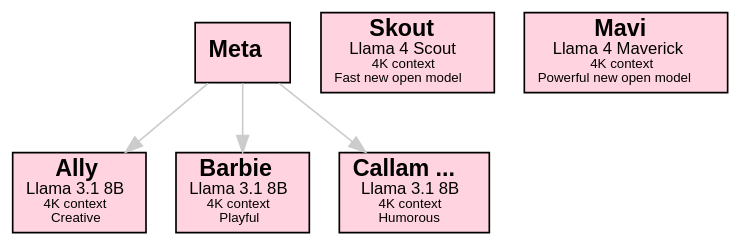
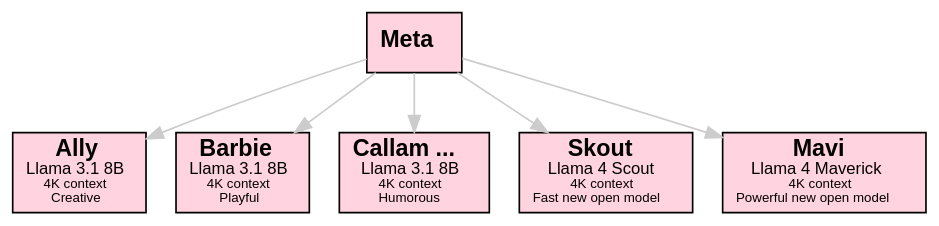
Before and after one commit to sswam/allemande: the first of 12 diagrams in doc/guide.md, drawn with Graphviz. The commit also changed other lines of this file and 8 other files, not shown here.

````diff
--- a/doc/guide.md
+++ b/doc/guide.md
@@ -43,18 +43,20 @@
 ```dot
     digraph Meta {
     graph [bgcolor=transparent]
     edge [color="#CCCCCC"]
     node [shape=box, style=filled, fillcolor="#FFD3DF", fontname="Helvetica"]
 
     "Meta" [label=<<b>Meta</b>>]
     "Ally" [label=<<b>Ally</b><br/><font point-size="10">Llama 3.1 8B</font><br/><font point-size="8">4K context</font><br/><font point-size="8">Creative</font>>]
     "Barbie" [label=<<b>Barbie</b><br/><font point-size="10">Llama 3.1 8B</font><br/><font point-size="8">4K context</font><br/><font point-size="8">Playful</font>>]
     "Callam" [label=<<b>Callam ...</b><br/><font point-size="10">Llama 3.1 8B</font><br/><font point-size="8">4K context</font><br/><font point-size="8">Humorous</font>>]
     "Skout" [label=<<b>Skout</b><br/><font point-size="10">Llama 4 Scout</font><br/><font point-size="8">4K context</font><br/><font point-size="8">Fast new open model</font>>]
     "Mavi" [label=<<b>Mavi</b><br/><font point-size="10">Llama 4 Maverick</font><br/><font point-size="8">4K context</font><br/><font point-size="8">Powerful new open model</font>>]
 
     "Meta" -> "Ally"
     "Meta" -> "Barbie"
     "Meta" -> "Callam"
+    "Meta" -> "Skout"
+    "Meta" -> "Mavi"
 }
 ```
````
